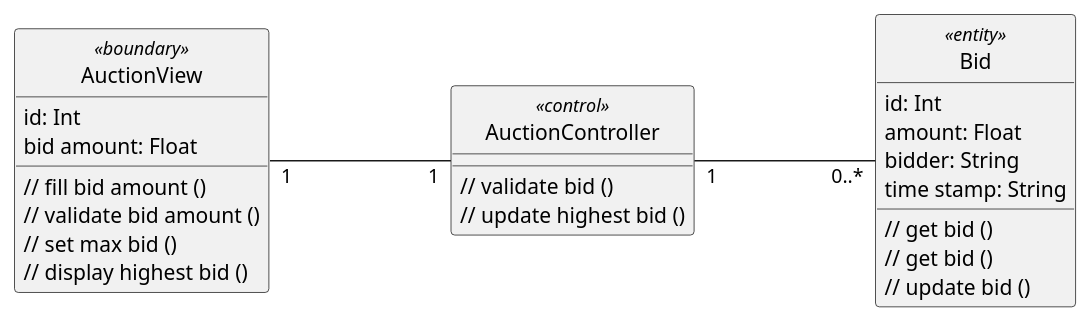
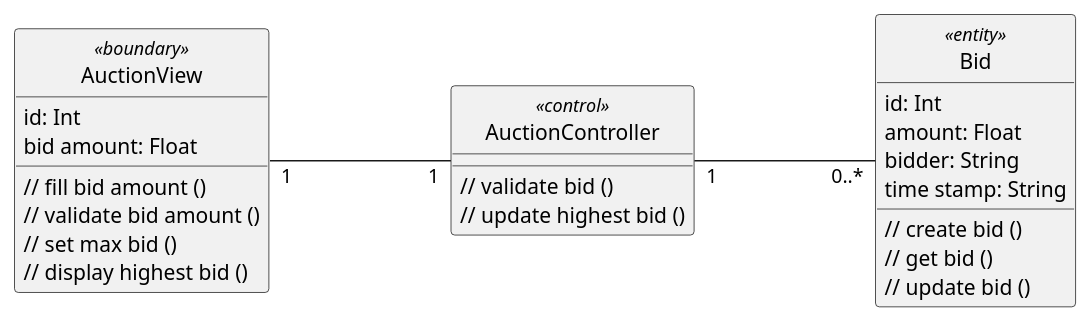
Before and after one commit to anhbanlinhle/velocity-exchange: the diagram in uml/analysis/class/place_bid.puml, drawn with PlantUML. The commit also changed 1 other file, not shown here.

```diff
--- a/uml/analysis/class/place_bid.puml
+++ b/uml/analysis/class/place_bid.puml
@@ -1,41 +1,41 @@
 @startuml 
 left to right direction
 skinparam classAttributeIconSize 0
 skinparam linetype ortho
 hide circle
 class AuctionView <<boundary>> {
     id: Int
     bid amount: Float
 
     // fill bid amount ()
     // validate bid amount ()
     // set max bid ()
     // display highest bid ()
 
     }
 
 class AuctionController <<control>> {
     // validate bid ()
     // update highest bid ()
 
 
 
     }
 
 class Bid <<entity>> {
     id: Int
     amount: Float
     bidder: String
     time stamp: String
-    // get bid ()
+    // create bid ()
     // get bid ()
     // update bid ()
     }
 
 
 AuctionView "1" --- "1" AuctionController
 
 AuctionController "1" --- "0..*" Bid
 
 
 @enduml
```
